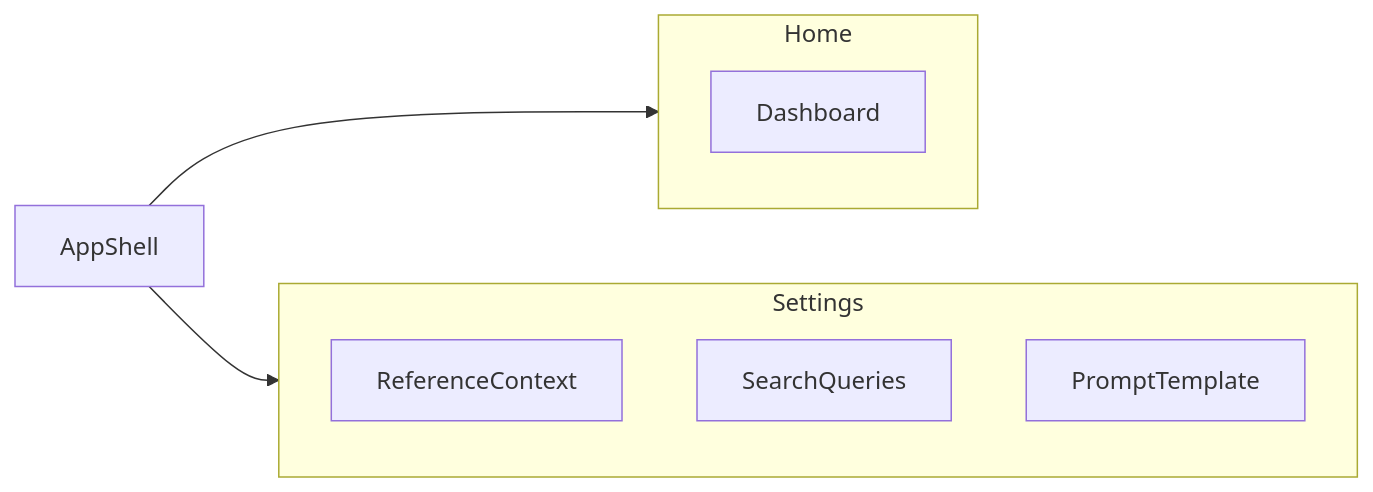
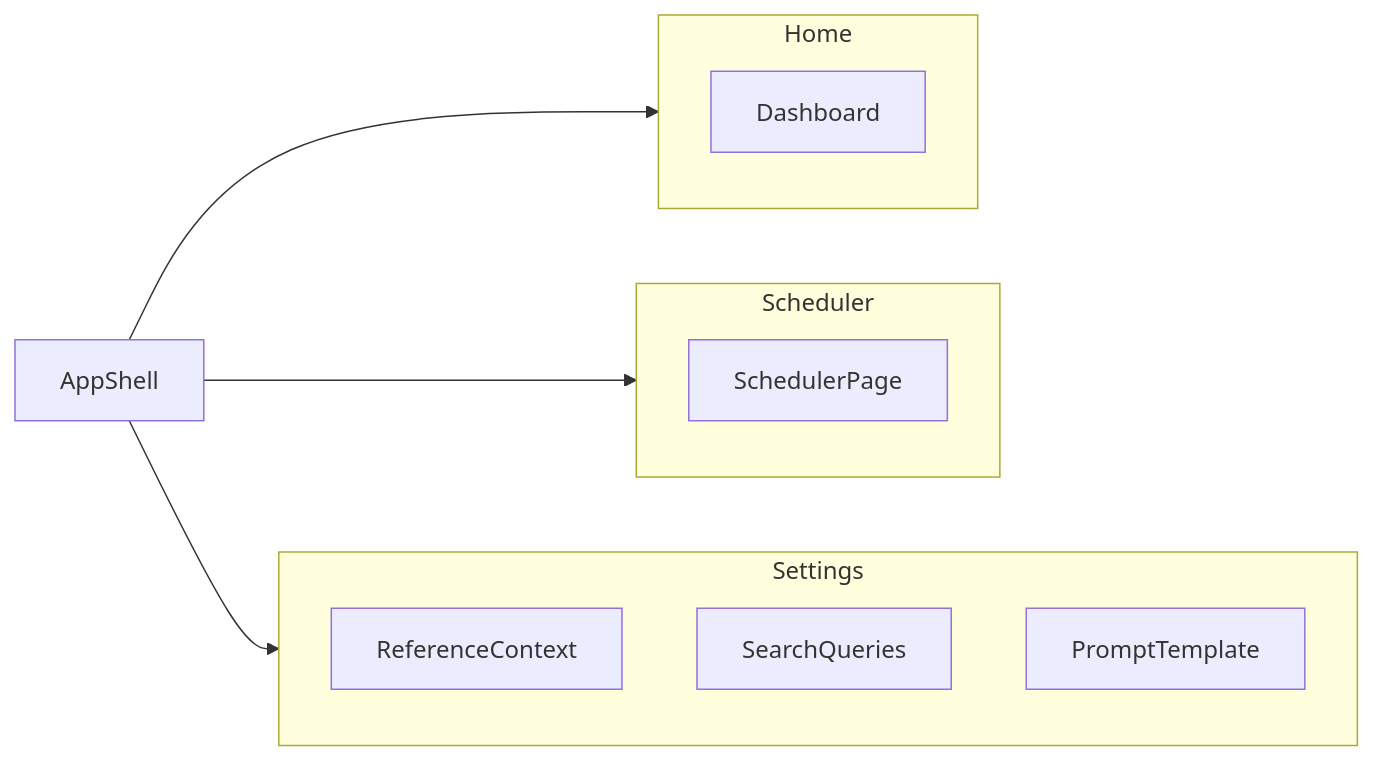
The diagram in front/README.md (joposcragent/specifications), drawn with Mermaid before and after one commit. The commit also changed other lines of this file and 3 other files, not shown here.

````diff
--- a/front/README.md
+++ b/front/README.md
@@ -26,13 +28,17 @@
 ```mermaid
 flowchart LR
   subgraph home [Home]
     dash[Dashboard]
+  end
+  subgraph sched [Scheduler]
+    sch[SchedulerPage]
   end
   subgraph settings [Settings]
     ref[ReferenceContext]
     sq[SearchQueries]
     pt[PromptTemplate]
   end
   shell[AppShell] --> home
+  shell --> sched
   shell --> settings
 ```
````
